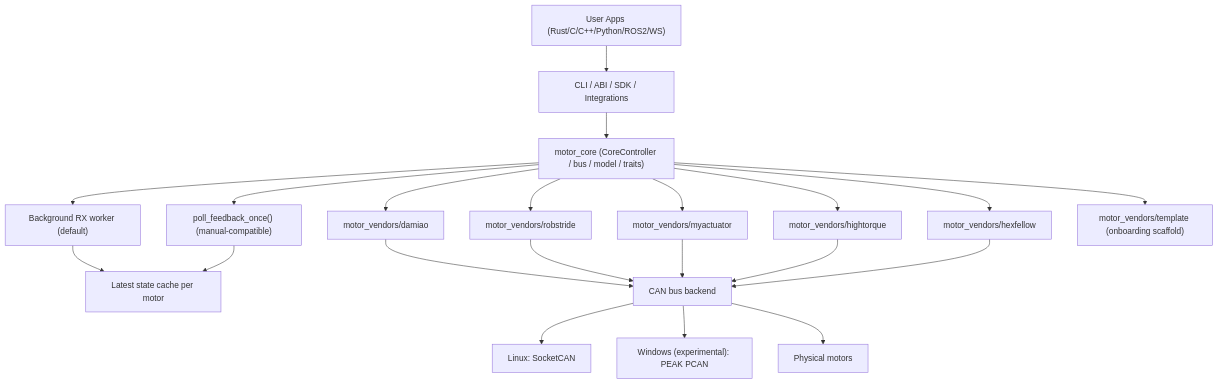
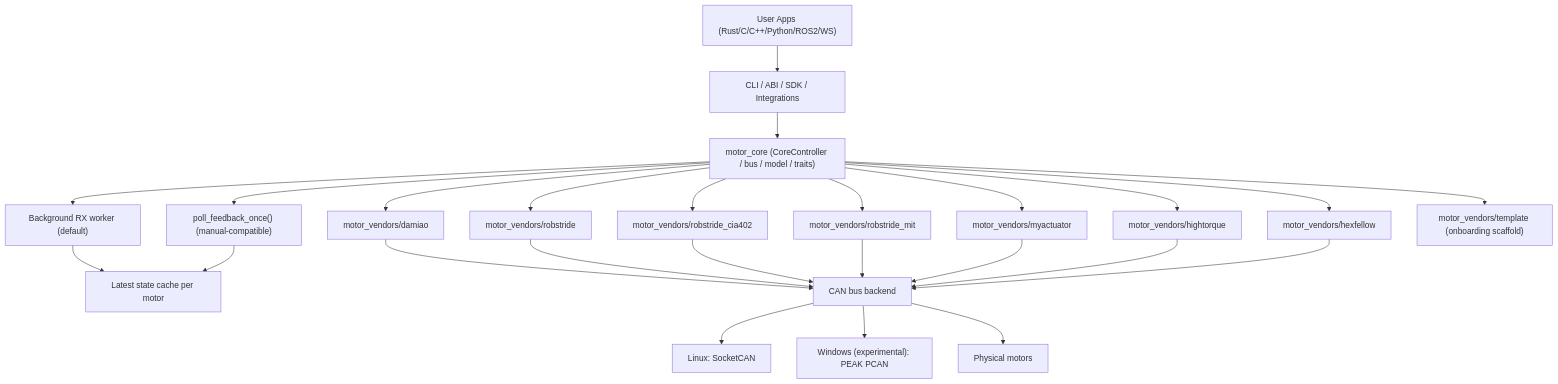
One commit to Welt-liu/motorbridge changed the first of 3 diagrams in README.md. Above: the diagram before and after it, drawn with Mermaid. The commit also changed other lines of this file and 24 other files, not shown here.

Commit message:
Add experimental RobStride CiA402 and MIT vendors

````diff
--- a/README.md
+++ b/README.md
@@ -138,23 +160,27 @@
 ```mermaid
 flowchart TB
   APP["User Apps (Rust/C/C++/Python/ROS2/WS)"] --> SURFACE["CLI / ABI / SDK / Integrations"]
   SURFACE --> CORE["motor_core (CoreController / bus / model / traits)"]
   CORE --> RX["Background RX worker (default)"]
   CORE --> MANUAL["poll_feedback_once() (manual-compatible)"]
   RX --> CACHE["Latest state cache per motor"]
   MANUAL --> CACHE
   CORE --> DAMIAO["motor_vendors/damiao"]
   CORE --> ROBSTRIDE["motor_vendors/robstride"]
+  CORE --> ROBSTRIDE_CIA402["motor_vendors/robstride_cia402"]
+  CORE --> ROBSTRIDE_MIT["motor_vendors/robstride_mit"]
   CORE --> MYACT["motor_vendors/myactuator"]
   CORE --> HIGHTORQUE["motor_vendors/hightorque"]
   CORE --> HEXFELLOW["motor_vendors/hexfellow"]
   CORE --> TEMPLATE["motor_vendors/template (onboarding scaffold)"]
   DAMIAO --> CAN["CAN bus backend"]
   ROBSTRIDE --> CAN
+  ROBSTRIDE_CIA402 --> CAN
+  ROBSTRIDE_MIT --> CAN
   MYACT --> CAN
   HIGHTORQUE --> CAN
   HEXFELLOW --> CAN
   CAN --> LNX["Linux: SocketCAN"]
   CAN --> WIN["Windows (experimental): PEAK PCAN"]
   CAN --> HW["Physical motors"]
 ```
````
